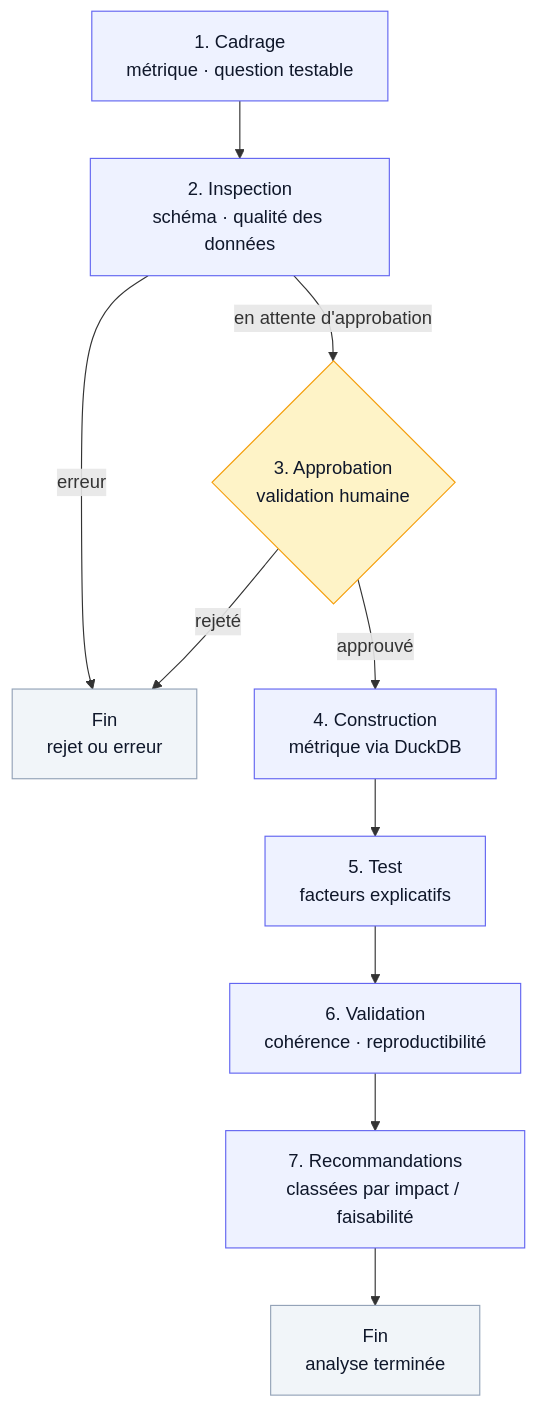
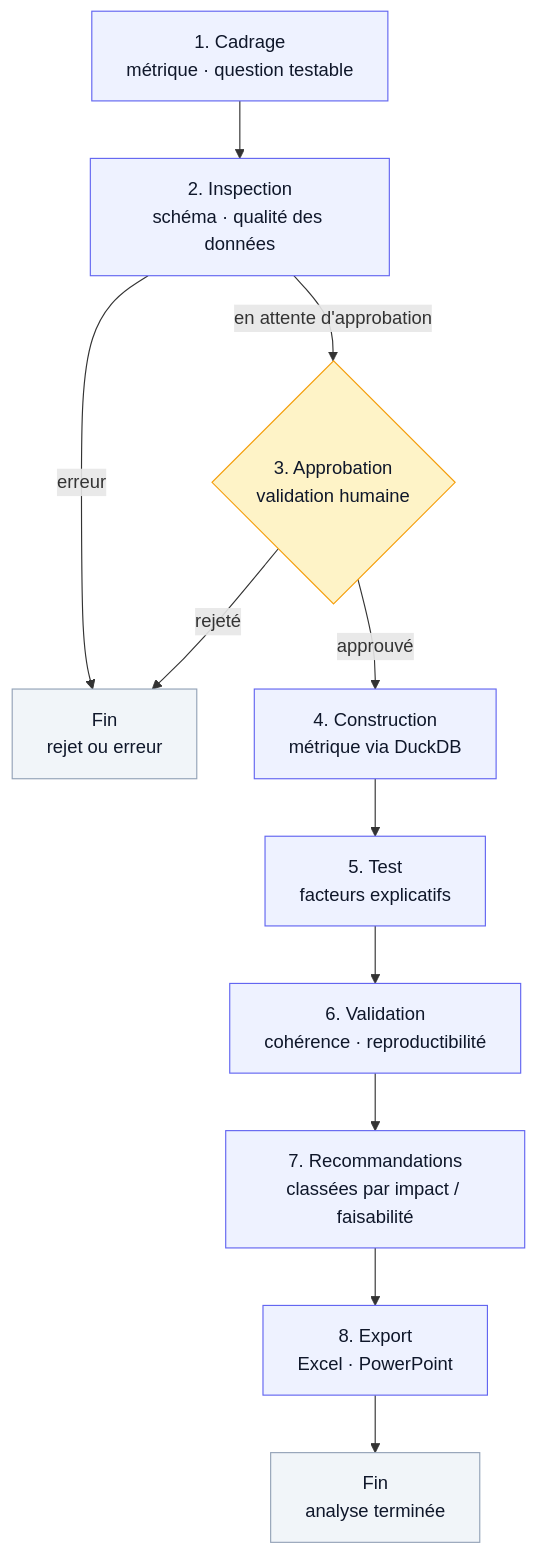
One commit to Nyamey/ai-data-agent changed the diagram in docs/architecture.mmd. Above: the diagram before and after it, drawn with Mermaid. The commit also changed 3 other files, not shown here.

First line of the commit message:
Update README/CONTRIBUTING and architecture diagram: roadmap complete

````diff
--- a/docs/architecture.mmd
+++ b/docs/architecture.mmd
@@ -1,20 +1,21 @@
 %% Workflow de l'agent ai-data-agent (LangGraph) -- reflète les arêtes
 %% réelles de agent/graph.py (build_agent_graph). Rendu automatiquement
 %% par GitHub dans un bloc ```mermaid
 flowchart TD
     A[1. Cadrage<br/>métrique · question testable] --> B[2. Inspection<br/>schéma · qualité des données]
     B -->|en attente d'approbation| C{3. Approbation<br/>validation humaine}
     B -->|erreur| X[Fin<br/>rejet ou erreur]
     C -->|rejeté| X
     C -->|approuvé| D[4. Construction<br/>métrique via DuckDB]
     D --> E[5. Test<br/>facteurs explicatifs]
     E --> F[6. Validation<br/>cohérence · reproductibilité]
     F --> G[7. Recommandations<br/>classées par impact / faisabilité]
-    G --> Y[Fin<br/>analyse terminée]
+    G --> H[8. Export<br/>Excel · PowerPoint]
+    H --> Y[Fin<br/>analyse terminée]
 
     classDef step fill:#eef2ff,stroke:#6366f1,color:#0f172a;
     classDef human fill:#fef3c7,stroke:#f59e0b,color:#0f172a;
     classDef term fill:#f1f5f9,stroke:#94a3b8,color:#0f172a;
-    class A,B,D,E,F,G step;
+    class A,B,D,E,F,G,H step;
     class C human;
     class X,Y term;
````
